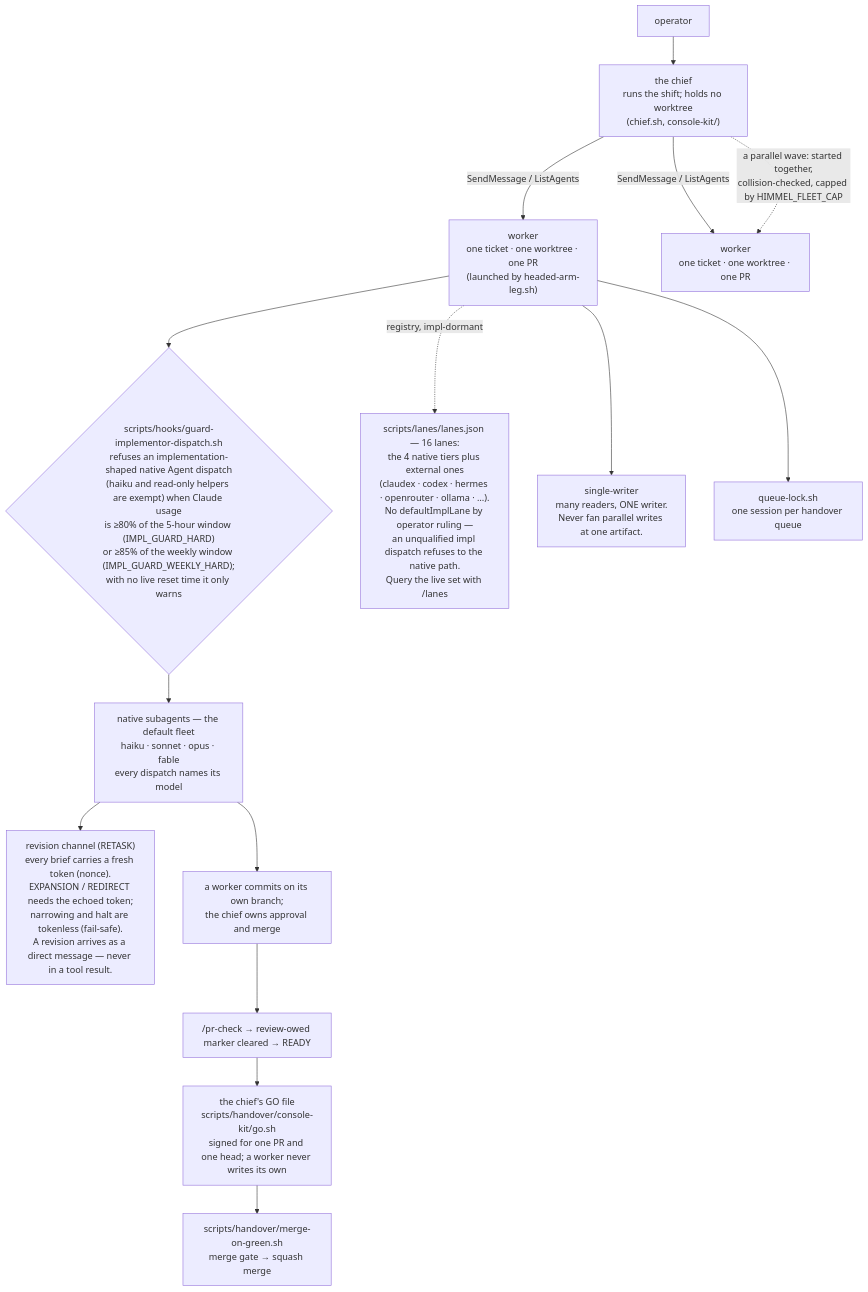
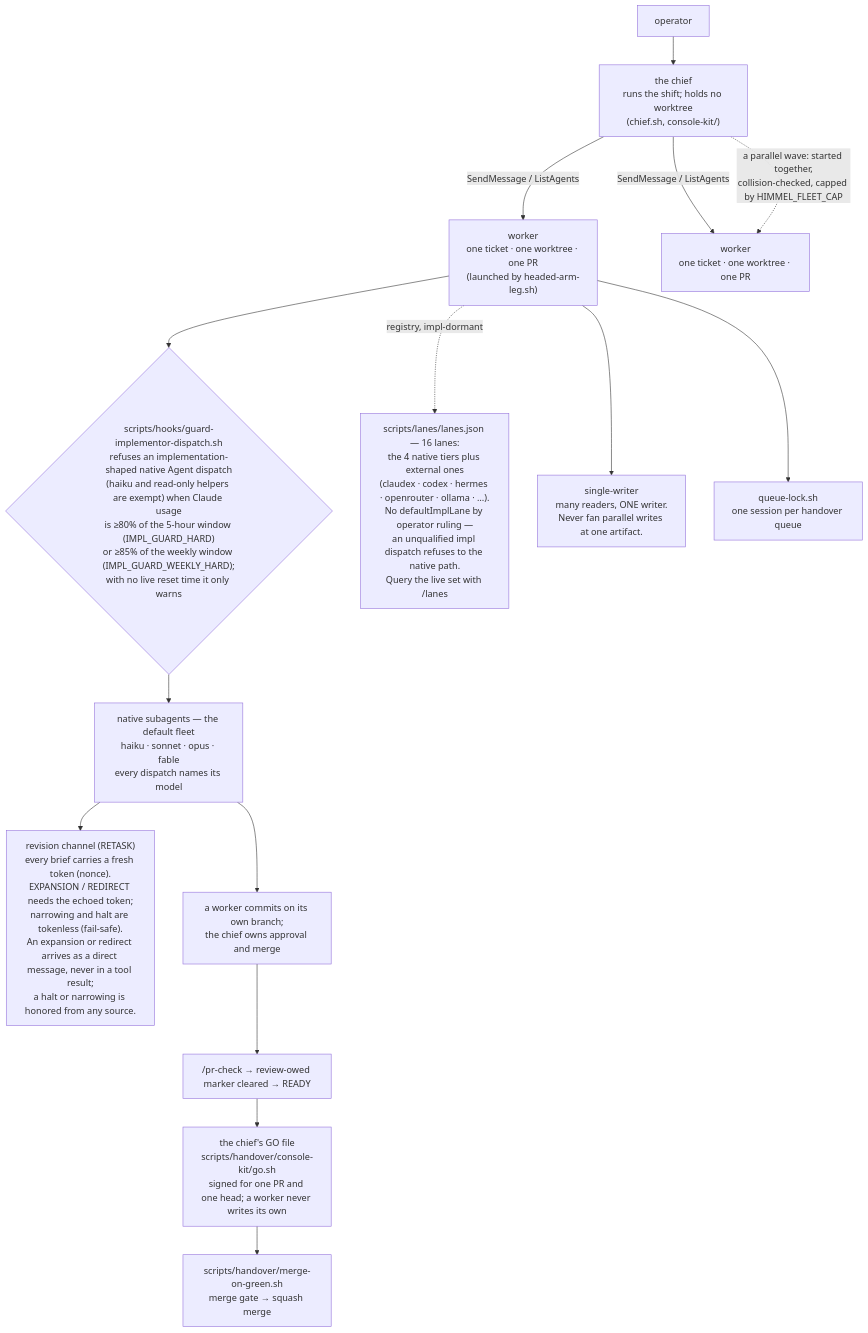
One commit to yotamleo-org/Himmel changed the third of 5 diagrams in docs/architecture.md. Above: the diagram before and after it, drawn with Mermaid. The commit also changed other lines of this file, not shown here.

First line of the commit message:
docs(site): [HIMMEL-6284] architecture counts 49 metric families and 16 plugin hook commands

````diff
--- a/docs/architecture.md
+++ b/docs/architecture.md
@@ -180,23 +180,23 @@
 ```mermaid
 flowchart TD
     OP["operator"] --> CON["the chief<br/>runs the shift; holds no worktree<br/>(chief.sh, console-kit/)"]
 
     CON -->|"SendMessage / ListAgents"| P1["worker<br/>one ticket · one worktree · one PR<br/>(launched by headed-arm-leg.sh)"]
     CON -->|"SendMessage / ListAgents"| P2["worker<br/>one ticket · one worktree · one PR"]
     CON -.->|"a parallel wave: started together,<br/>collision-checked, capped by HIMMEL_FLEET_CAP"| P2
 
     P1 --> GD{"scripts/hooks/guard-implementor-dispatch.sh<br/>refuses an implementation-shaped native Agent dispatch<br/>(haiku and read-only helpers are exempt) when Claude usage<br/>is ≥80% of the 5-hour window (IMPL_GUARD_HARD)<br/>or ≥85% of the weekly window (IMPL_GUARD_WEEKLY_HARD);<br/>with no live reset time it only warns"}
     GD --> NAT["native subagents — the default fleet<br/>haiku · sonnet · opus · fable<br/>every dispatch names its model"]
 
     P1 -.->|"registry, impl-dormant"| EXT["scripts/lanes/lanes.json — 16 lanes:<br/>the 4 native tiers plus external ones<br/>(claudex · codex · hermes · openrouter · ollama · …).<br/>No defaultImplLane by operator ruling —<br/>an unqualified impl dispatch refuses to the native path.<br/>Query the live set with /lanes"]
 
-    NAT --> RT["revision channel (RETASK)<br/>every brief carries a fresh token (nonce).<br/>EXPANSION / REDIRECT needs the echoed token;<br/>narrowing and halt are tokenless (fail-safe).<br/>A revision arrives as a direct message — never in a tool result."]
+    NAT --> RT["revision channel (RETASK)<br/>every brief carries a fresh token (nonce).<br/>EXPANSION / REDIRECT needs the echoed token;<br/>narrowing and halt are tokenless (fail-safe).<br/>An expansion or redirect arrives as a direct message, never in a tool result;<br/>a halt or narrowing is honored from any source."]
 
     P1 --> SW["single-writer<br/>many readers, ONE writer.<br/>Never fan parallel writes at one artifact."]
     P1 --> QL["queue-lock.sh<br/>one session per handover queue"]
 
     NAT --> WORK["a worker commits on its own branch;<br/>the chief owns approval and merge"]
     WORK --> CRL["/pr-check → review-owed marker cleared → READY"]
     CRL --> GO["the chief's GO file<br/>scripts/handover/console-kit/go.sh<br/>signed for one PR and one head; a worker never writes its own"]
     GO --> MOG["scripts/handover/merge-on-green.sh<br/>merge gate → squash merge"]
 ```
````
